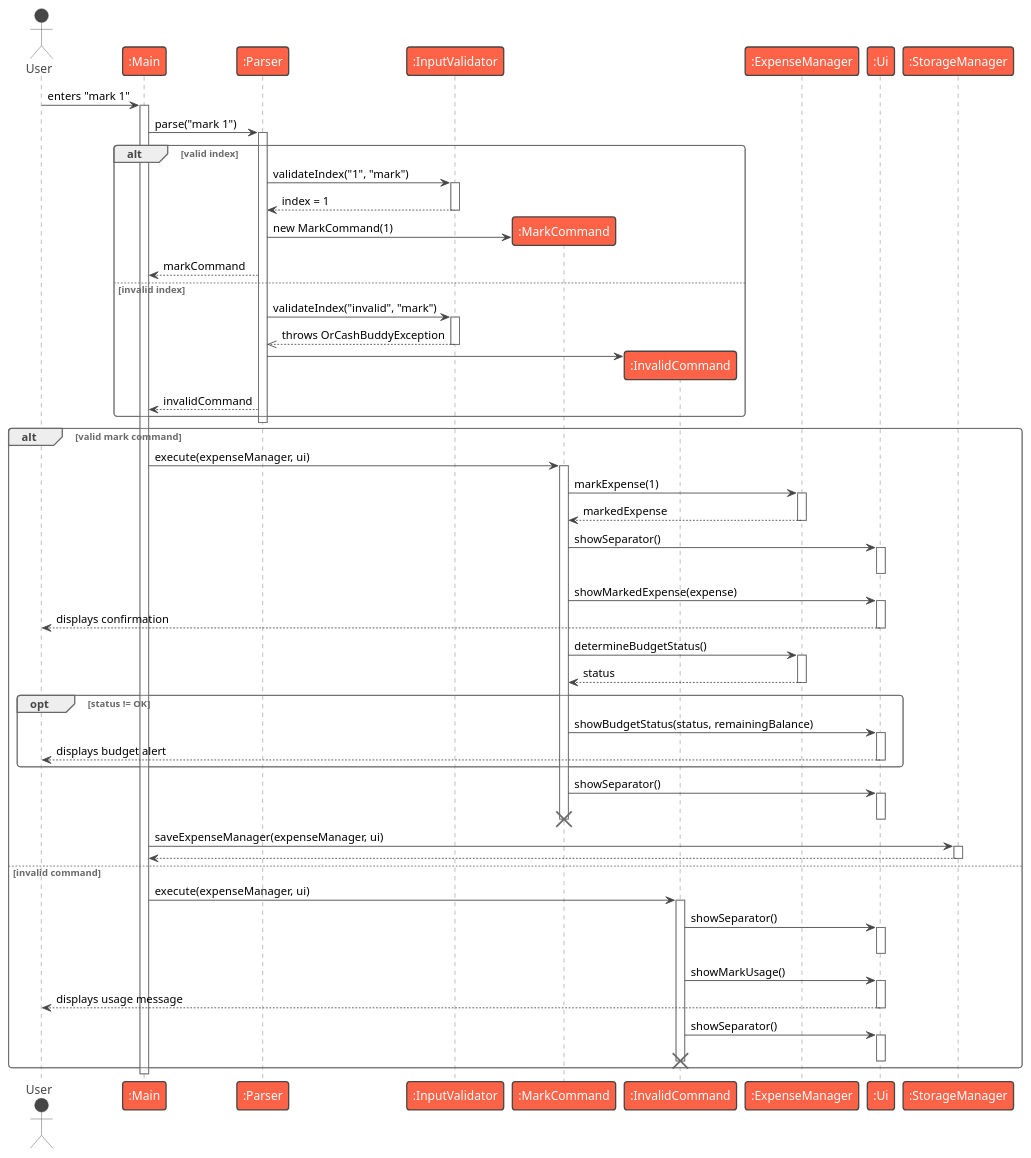
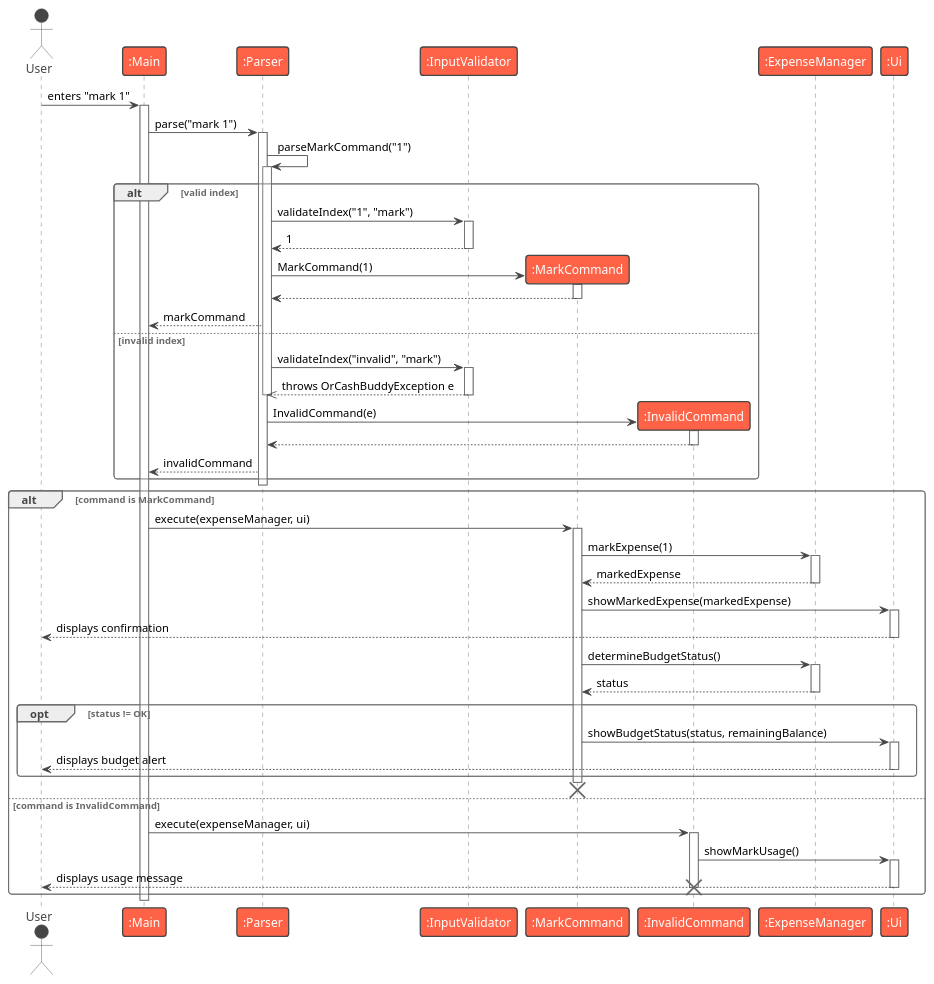
The diagram in docs/diagrams/mark-sequence.puml (aydrienlaw/tp), drawn with PlantUML before and after one commit. The commit also changed 4 other files, not shown here.

Commit message:
docs(developer-guide): refine command parsing in sequence diagrams

```diff
--- a/docs/diagrams/mark-sequence.puml
+++ b/docs/diagrams/mark-sequence.puml
@@ -1,106 +1,95 @@
 @startuml
 !theme vibrant
 actor User
 participant ":Main" as Main
 participant ":Parser" as Parser
 participant ":InputValidator" as InputValidator
 participant ":MarkCommand" as MarkCommand
 participant ":InvalidCommand" as InvalidCommand
 participant ":ExpenseManager" as ExpenseManager
 participant ":Ui" as Ui
-participant ":StorageManager" as StorageManager
 
 User -> Main : enters "mark 1"
 activate Main
 
 Main -> Parser : parse("mark 1")
 activate Parser
 
+Parser -> Parser : parseMarkCommand("1")
+activate Parser
+
 alt valid index
     Parser -> InputValidator : validateIndex("1", "mark")
     activate InputValidator
-    InputValidator --> Parser : index = 1
+    InputValidator --> Parser : 1
     deactivate InputValidator
 
     create MarkCommand
-    Parser -> MarkCommand : new MarkCommand(1)
+    Parser -> MarkCommand : MarkCommand(1)
+    activate MarkCommand
+    MarkCommand --> Parser
+    deactivate MarkCommand
     Parser --> Main : markCommand
 
 else invalid index
     Parser -> InputValidator : validateIndex("invalid", "mark")
     activate InputValidator
-    InputValidator -->> Parser : throws OrCashBuddyException
+    InputValidator -->> Parser : throws OrCashBuddyException e
     deactivate InputValidator
+    deactivate Parser
 
     create InvalidCommand
-    Parser -> InvalidCommand
+    Parser -> InvalidCommand: InvalidCommand(e)
+    activate InvalidCommand
+    InvalidCommand --> Parser
+    deactivate InvalidCommand
     Parser --> Main : invalidCommand
 end
 
 deactivate Parser
 
-alt valid mark command
+alt command is MarkCommand
     Main -> MarkCommand : execute(expenseManager, ui)
     activate MarkCommand
 
     MarkCommand -> ExpenseManager : markExpense(1)
     activate ExpenseManager
     ExpenseManager --> MarkCommand : markedExpense
     deactivate ExpenseManager
 
-    MarkCommand -> Ui : showSeparator()
-    activate Ui
-    deactivate Ui
 
-    MarkCommand -> Ui : showMarkedExpense(expense)
+    MarkCommand -> Ui : showMarkedExpense(markedExpense)
     activate Ui
     Ui --> User : displays confirmation
     deactivate Ui
 
     MarkCommand -> ExpenseManager : determineBudgetStatus()
     activate ExpenseManager
     ExpenseManager --> MarkCommand : status
     deactivate ExpenseManager
 
     opt status != OK
         MarkCommand -> Ui : showBudgetStatus(status, remainingBalance)
         activate Ui
         Ui --> User : displays budget alert
         deactivate Ui
     end
 
-    MarkCommand -> Ui : showSeparator()
-    activate Ui
-    deactivate Ui
+deactivate MarkCommand
+destroy MarkCommand
 
-    deactivate MarkCommand
-    destroy MarkCommand
-
-    Main -> StorageManager : saveExpenseManager(expenseManager, ui)
-    activate StorageManager
-    StorageManager --> Main
-    deactivate StorageManager
-
-else invalid command
+else command is InvalidCommand
     Main -> InvalidCommand : execute(expenseManager, ui)
     activate InvalidCommand
-
-    InvalidCommand -> Ui : showSeparator()
-    activate Ui
-    deactivate Ui
 
     InvalidCommand -> Ui : showMarkUsage()
     activate Ui
     Ui --> User : displays usage message
-    deactivate Ui
-
-    InvalidCommand -> Ui : showSeparator()
-    activate Ui
     deactivate Ui
 
     deactivate InvalidCommand
     destroy InvalidCommand
 end
 
 deactivate Main
 @enduml
```
